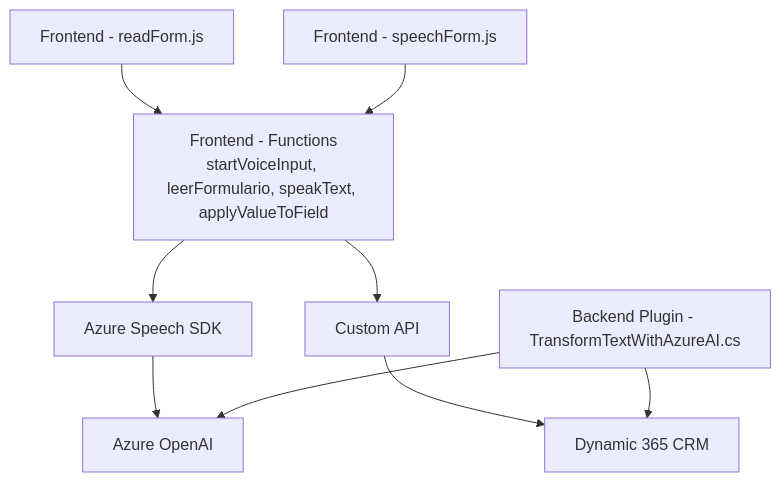
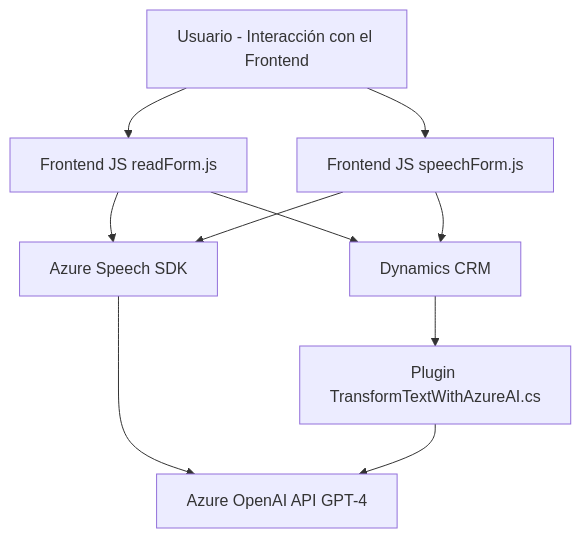
One commit to blopezdm/NETCORE_BILBAO2025 changed the diagram in README.md. Above: the diagram before and after it, drawn with Mermaid. The commit also changed other lines of this file, not shown here.

Commit message:
Actualizar análisis global de la solución con IA

````diff
--- a/README.md
+++ b/README.md
@@ -33,20 +55,20 @@
 ```mermaid
 graph TD
-    A["Frontend - readForm.js"]
-    B["Frontend - speechForm.js"]
-    C["Frontend - Functions<br>startVoiceInput, leerFormulario, speakText, applyValueToField"]
+    A["Usuario - Interacción con el Frontend"]
+    B["Frontend JS readForm.js"]
+    C["Frontend JS speechForm.js"]
     D["Azure Speech SDK"]
-    E["Custom API"]
-    F["Dynamic 365 CRM"]
-    G["Backend Plugin - TransformTextWithAzureAI.cs"]
-    H["Azure OpenAI"]
+    E["Plugin TransformTextWithAzureAI.cs"]
+    F["Dynamics CRM"]
+    G["Azure OpenAI API GPT-4"]
 
+    A --> B
     A --> C
-    B --> C
+    B --> D
     C --> D
-    C --> E
-    E --> F
-    D --> H
-    G --> F
-    G --> H
+    B --> F
+    C --> F
+    D --> G
+    F --> E
+    E --> G
 ```
````
